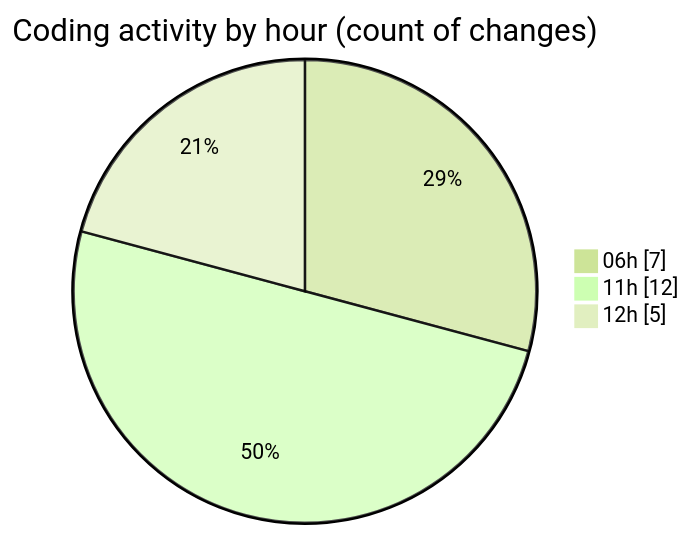
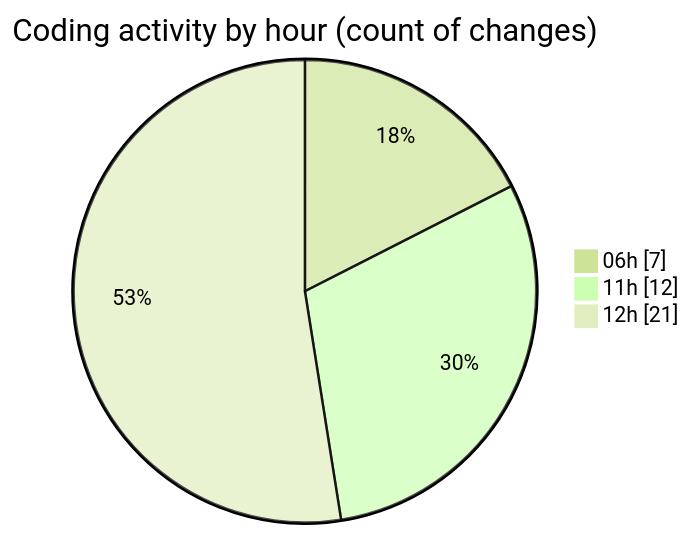
The second of 2 diagrams in 2025-07-14/ribbon/README.md (EIIisD/code-tracking), drawn with Mermaid (forest theme) before and after one commit. The commit also changed other lines of this file and 1 other file, not shown here.

````diff
--- a/2025-07-14/ribbon/README.md
+++ b/2025-07-14/ribbon/README.md
@@ -40,7 +48,7 @@
 ```mermaid
 pie showData
 title Coding activity by hour (count of changes)
 "06h" : 7
 "11h" : 12
-"12h" : 5
+"12h" : 21
 ```
````
